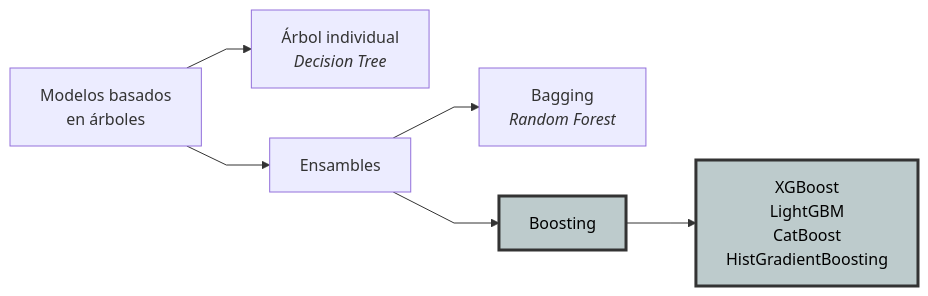
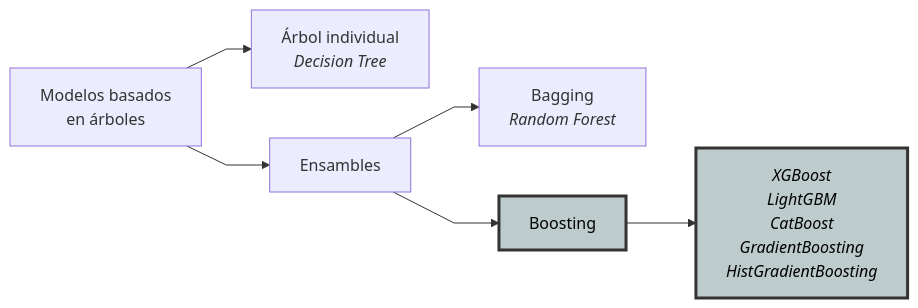
One commit to karbartolome/workshops changed the diagram in slides/20260903-uba-monotonicconstraints/slides.qmd. Above: the diagram before and after it, drawn with Mermaid. The commit also changed other lines of this file and 3 other files, not shown here.

````diff
--- a/slides/20260903-uba-monotonicconstraints/slides.qmd
+++ b/slides/20260903-uba-monotonicconstraints/slides.qmd
@@ -172,30 +172,21 @@
 ```{mermaid}
 %%| fig-cap: "Principales tipos de modelos basados en árboles"
 %%| label: fig-ml-trees
-
 %%{init: {'flowchart': {'curve': 'linear'}}}%%
 
 graph LR
-
     trees[Modelos basados<br/>en árboles]
-
     single[Árbol individual<br/><i>Decision Tree</i>]
-
     ensembles[Ensambles]
-
     bagging[Bagging<br/><i>Random Forest</i>]
-
     boosting[Boosting]:::focus
-
-    models[XGBoost<br/>LightGBM<br/>CatBoost<br/>HistGradientBoosting]:::focus
+    models[<i>XGBoost<br/>LightGBM<br/>CatBoost<br/>GradientBoosting<br>HistGradientBoosting</i>]:::focus
 
     trees --> single
     trees --> ensembles
-
     ensembles --> bagging
     ensembles --> boosting
-
     boosting --> models
 
     classDef focus fill:#BDCBCC,stroke:#333,stroke-width:3px,color:black;
 ```
````
